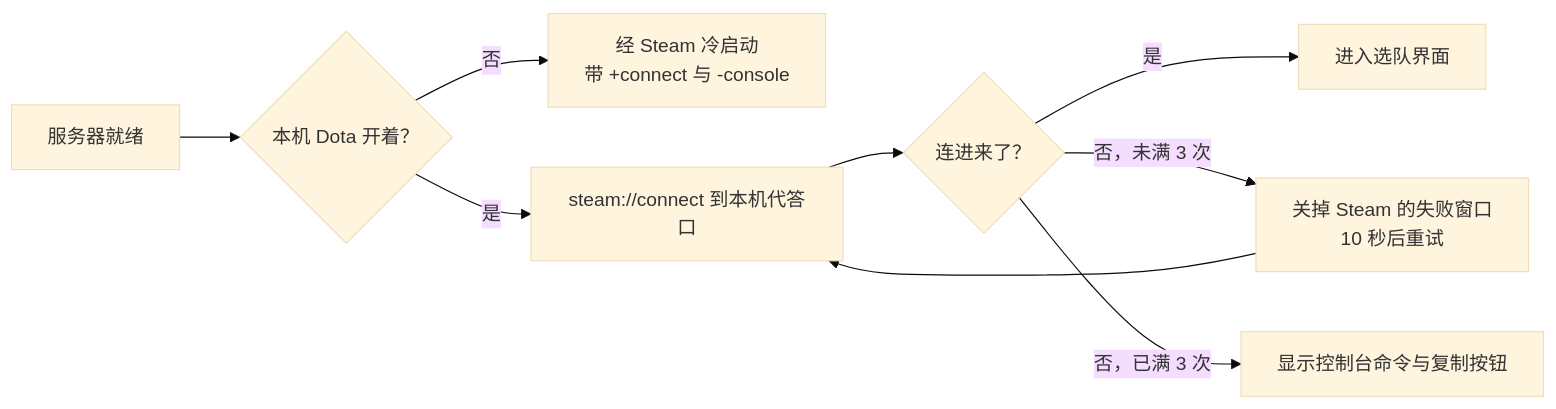
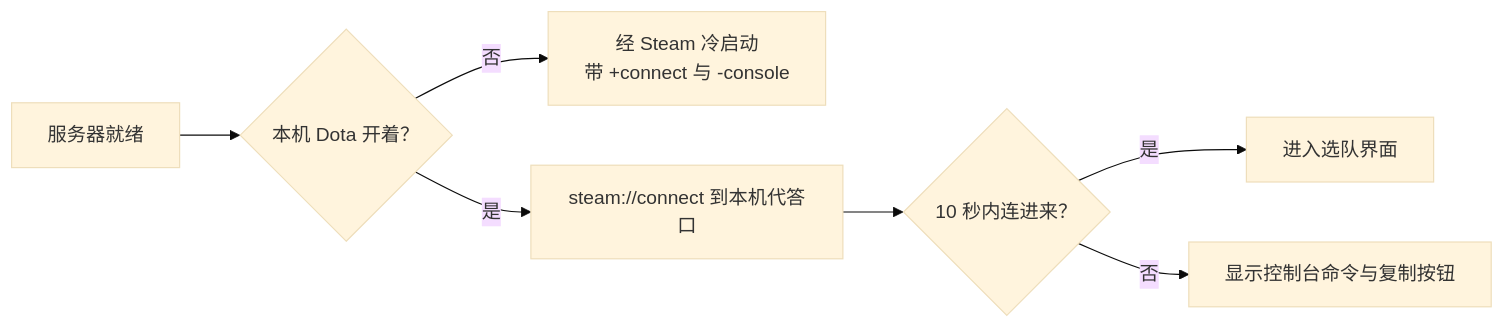
The second of 2 diagrams in docs/design/launcher-multiplayer/phase-7-continuous-room.md (windy10v10ai/firebase), drawn with Mermaid (base theme) before and after one commit. The commit also changed other lines of this file, not shown here.

Commit message:
Reply to Steam's server query after a short delay instead of retrying

````diff
--- a/docs/design/launcher-multiplayer/phase-7-continuous-room.md
+++ b/docs/design/launcher-multiplayer/phase-7-continuous-room.md
@@ -59,10 +58,9 @@
 ```mermaid
 flowchart LR
   S[服务器就绪] --> R{本机 Dota 开着？}
   R -- 否 --> L[经 Steam 冷启动<br/>带 +connect 与 -console]
   R -- 是 --> U[steam://connect 到本机代答口]
-  U --> W{连进来了？}
+  U --> W{10 秒内连进来？}
   W -- 是 --> OK[进入选队界面]
-  W -- 否，未满 3 次 --> X[关掉 Steam 的失败窗口<br/>10 秒后重试] --> U
-  W -- 否，已满 3 次 --> M[显示控制台命令与复制按钮]
+  W -- 否 --> M[显示控制台命令与复制按钮]
 ```
````
